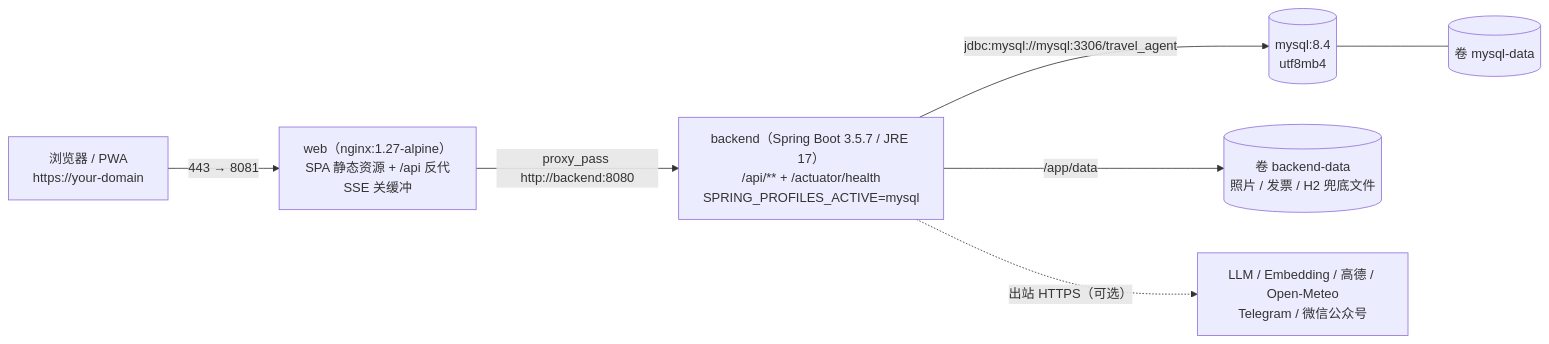
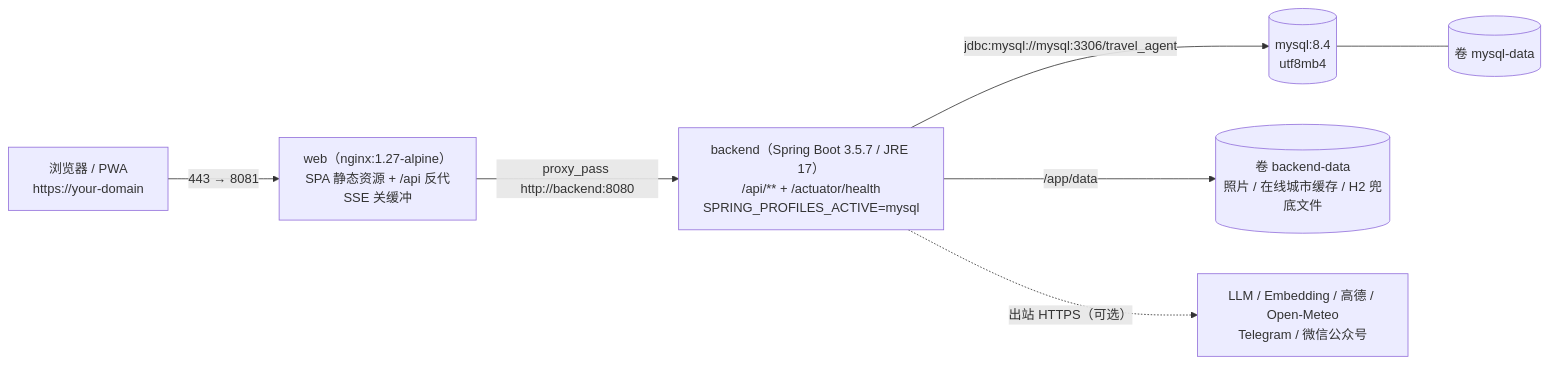
Before and after one commit to Lukas-Ga06/-: the first of 2 diagrams in docs/guide/deployment.md, drawn with Mermaid. The commit also changed other lines of this file and 50 other files, not shown here.

````diff
--- a/docs/guide/deployment.md
+++ b/docs/guide/deployment.md
@@ -30,9 +32,9 @@
 ```mermaid
 graph LR
     U["浏览器 / PWA<br/>https://your-domain"] -->|"443 → 8081"| N["web（nginx:1.27-alpine）<br/>SPA 静态资源 + /api 反代<br/>SSE 关缓冲"]
     N -->|"proxy_pass http://backend:8080"| B["backend（Spring Boot 3.5.7 / JRE 17）<br/>/api/** + /actuator/health<br/>SPRING_PROFILES_ACTIVE=mysql"]
     B -->|"jdbc:mysql://mysql:3306/travel_agent"| M[("mysql:8.4<br/>utf8mb4")]
-    B -->|"/app/data"| V[("卷 backend-data<br/>照片 / 发票 / H2 兜底文件")]
+    B -->|"/app/data"| V[("卷 backend-data<br/>照片 / 在线城市缓存 / H2 兜底文件")]
     M --- MV[("卷 mysql-data")]
     B -.->|"出站 HTTPS（可选）"| X["LLM / Embedding / 高德 / Open-Meteo<br/>Telegram / 微信公众号"]
 ```
````
